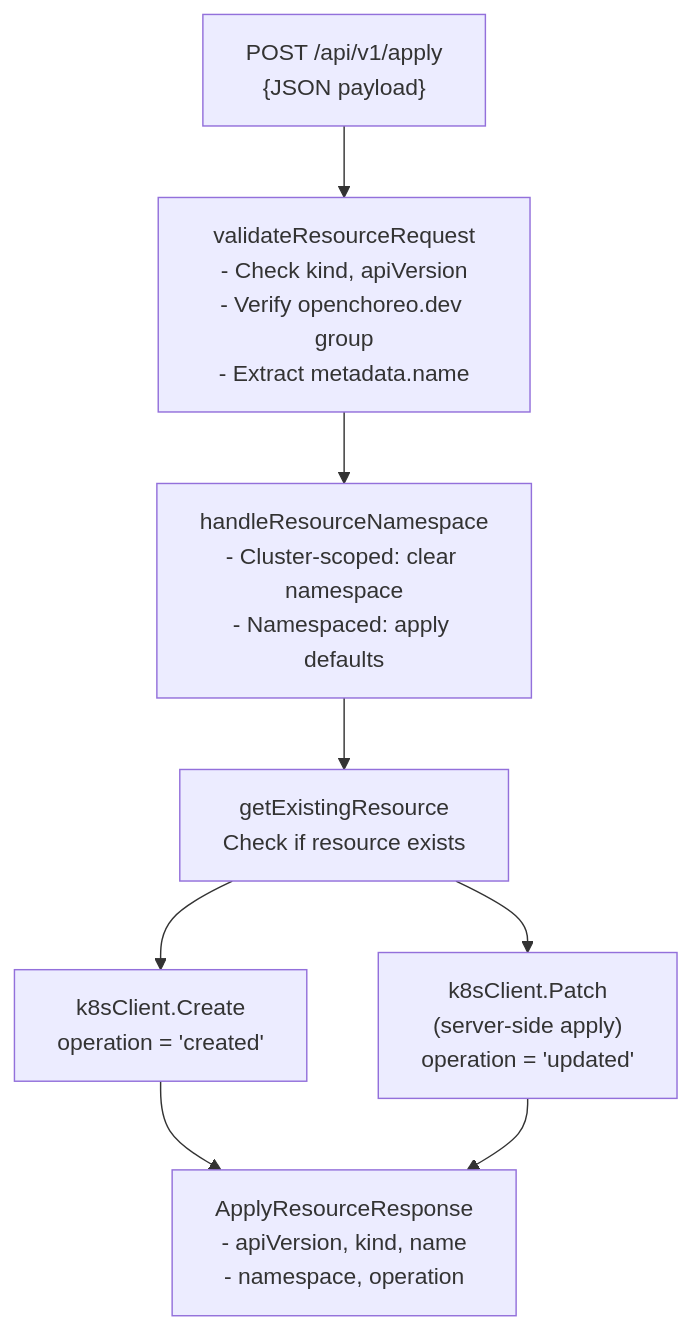
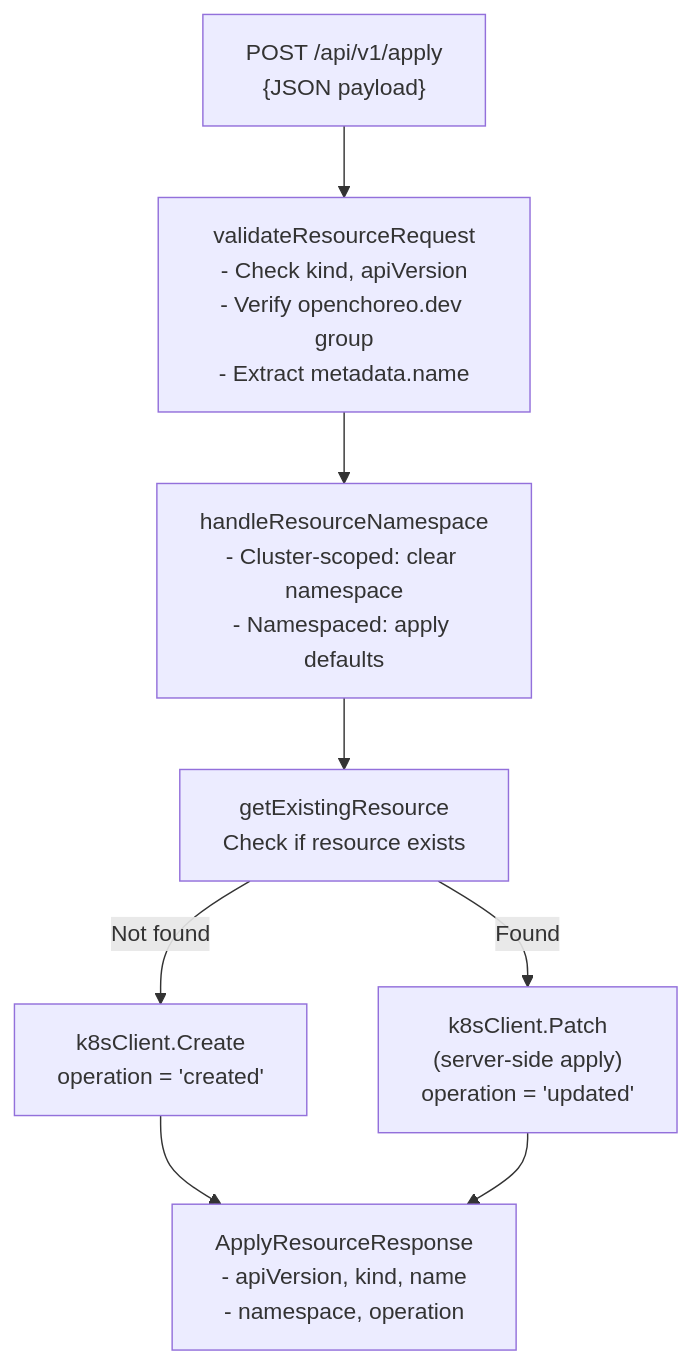
One commit to openchoreo/openchoreo changed the ninth of 11 diagrams in docs/deepwiki/Build-and-Infrastructure-Services.md. Above: the diagram before and after it, drawn with Mermaid. The commit also changed other lines of this file and 85 other files, not shown here.

Commit message:
feat: Add new workflow and specification templates, update Helm chart dependencies, and clarify documentation diagrams.

````diff
--- a/docs/deepwiki/Build-and-Infrastructure-Services.md
+++ b/docs/deepwiki/Build-and-Infrastructure-Services.md
@@ -453,19 +453,19 @@
 ```mermaid
 flowchart TD
 
 Request["POST /api/v1/apply<br>{JSON payload}"]
 Validate["validateResourceRequest<br>- Check kind, apiVersion<br>- Verify openchoreo.dev group<br>- Extract metadata.name"]
 HandleNS["handleResourceNamespace<br>- Cluster-scoped: clear namespace<br>- Namespaced: apply defaults"]
 CheckExists["getExistingResource<br>Check if resource exists"]
 Create["k8sClient.Create<br>operation = 'created'"]
 Update["k8sClient.Patch<br>(server-side apply)<br>operation = 'updated'"]
 Response["ApplyResourceResponse<br>- apiVersion, kind, name<br>- namespace, operation"]
 
 Request --> Validate
 Validate --> HandleNS
 HandleNS --> CheckExists
-CheckExists --> Create
-CheckExists --> Update
+CheckExists -->|"Not found"| Create
+CheckExists -->|"Found"| Update
 Create --> Response
 Update --> Response
 ```
````
